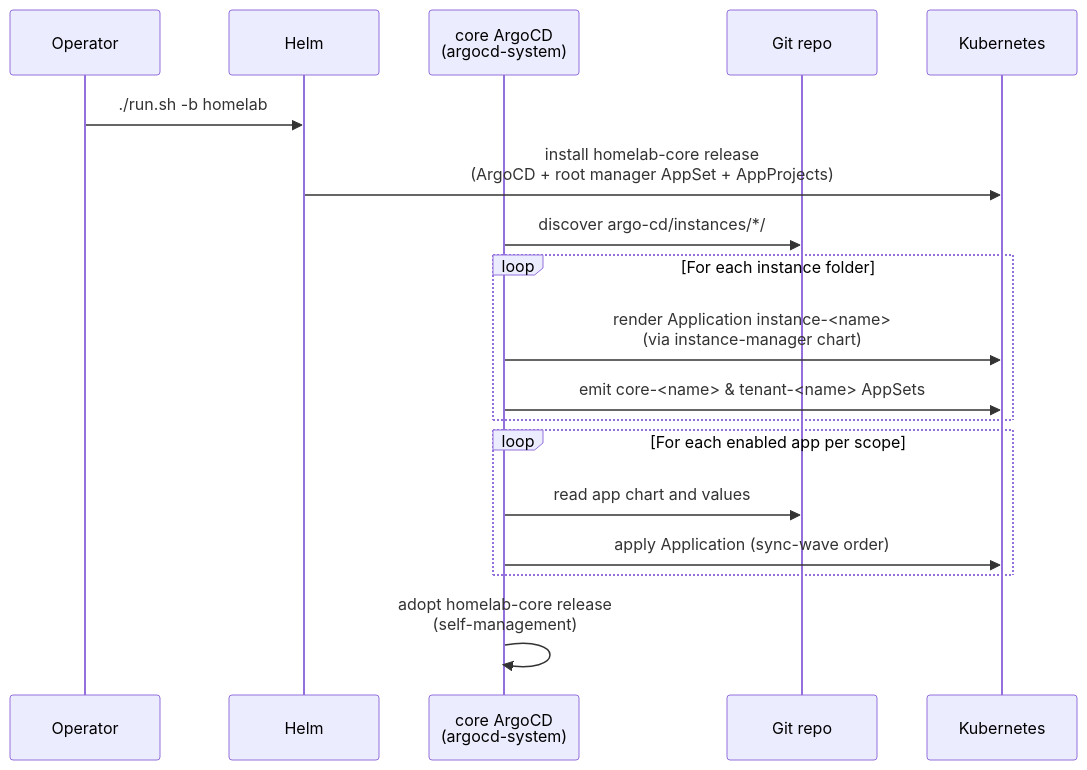
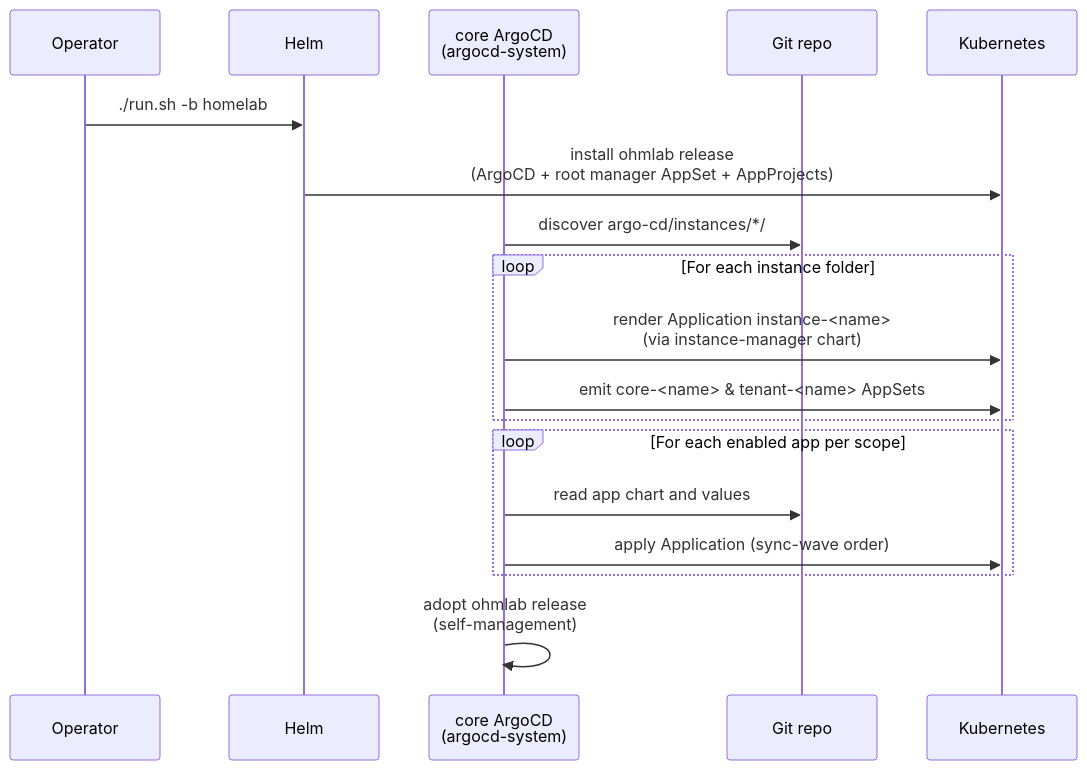
One commit to this-is-tobi/homelab changed the first of 3 diagrams in docs/03-installation.md. Above: the diagram before and after it, drawn with Mermaid. The commit also changed other lines of this file and 14 other files, not shown here.

First line of the commit message:
chore: finish homelab-core→ohmlab rename and remove dead code

````diff
--- a/docs/03-installation.md
+++ b/docs/03-installation.md
@@ -160,20 +160,20 @@
 ```mermaid
 sequenceDiagram
     participant Op as Operator
     participant Helm
     participant Core as core ArgoCD<br/>(argocd-system)
     participant Git as Git repo
     participant K8s as Kubernetes
     Op->>Helm: ./run.sh -b homelab
-    Helm->>K8s: install homelab-core release<br/>(ArgoCD + root manager AppSet + AppProjects)
+    Helm->>K8s: install ohmlab release<br/>(ArgoCD + root manager AppSet + AppProjects)
     Core->>Git: discover argo-cd/instances/*/
     loop For each instance folder
         Core->>K8s: render Application instance-<name><br/>(via instance-manager chart)
         Core->>K8s: emit core-<name> & tenant-<name> AppSets
     end
     loop For each enabled app per scope
         Core->>Git: read app chart and values
         Core->>K8s: apply Application (sync-wave order)
     end
-    Core->>Core: adopt homelab-core release<br/>(self-management)
+    Core->>Core: adopt ohmlab release<br/>(self-management)
 ```
````
